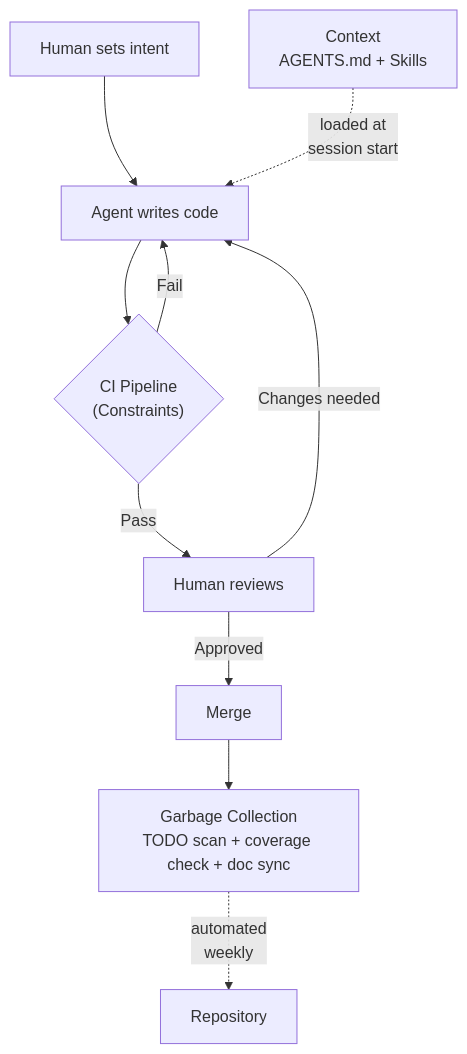
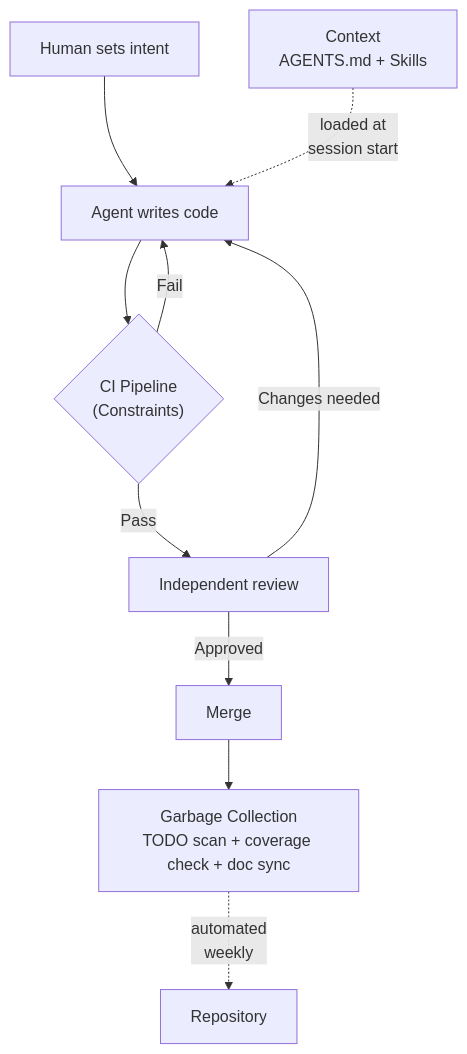
One commit to kyama0/gitlab-handbook-ja changed the third of 3 diagrams in content/handbook/engineering/workflow/ai-assisted-development.md. Above: the diagram before and after it, drawn with Mermaid. The commit also changed other lines of this file and 51 other files, not shown here.

````diff
--- a/content/handbook/engineering/workflow/ai-assisted-development.md
+++ b/content/handbook/engineering/workflow/ai-assisted-development.md
@@ -73,12 +73,12 @@
 ```mermaid
 flowchart TD
     Human["Human sets intent"] --> Agent["Agent writes code"]
     Context["Context\nAGENTS.md + Skills"] -.->|loaded at\nsession start| Agent
     Agent --> CI{"CI Pipeline\n(Constraints)"}
     CI -- Fail --> Agent
-    CI -- Pass --> Review["Human reviews"]
+    CI -- Pass --> Review["Independent review"]
     Review -- Changes needed --> Agent
     Review -- Approved --> Merge["Merge"]
     Merge --> GC["Garbage Collection\nTODO scan + coverage check + doc sync"]
     GC -.->|automated\nweekly| Repo["Repository"]
 ```
````
